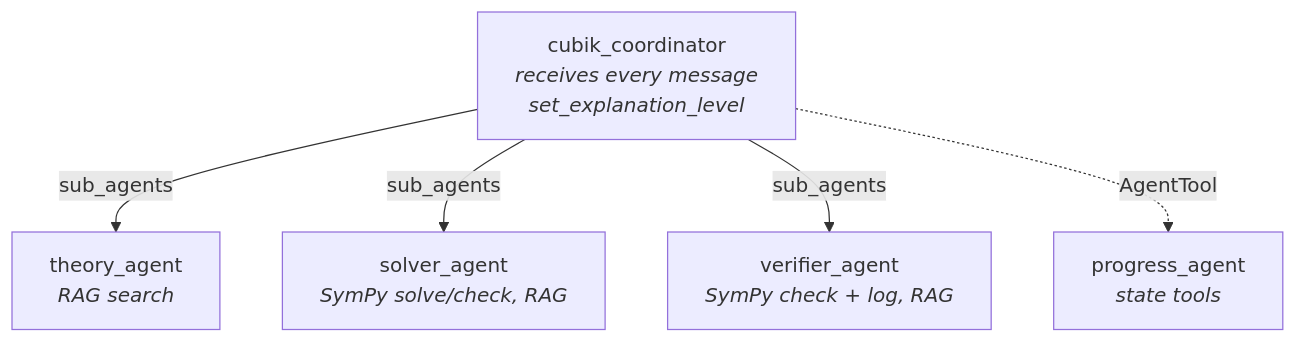
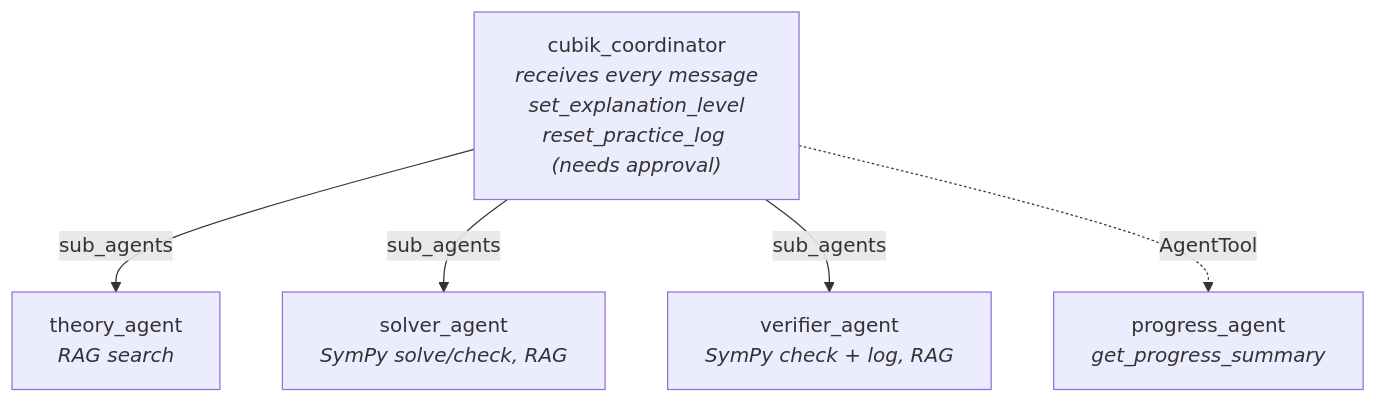
The diagram in docs/en/multi_agent_design.md (JulianGuardian/Cubik-Lite), drawn with Mermaid before and after one commit. The commit also changed other lines of this file and 11 other files, not shown here.

````diff
--- a/docs/en/multi_agent_design.md
+++ b/docs/en/multi_agent_design.md
@@ -89,14 +89,14 @@
 ```mermaid
 flowchart TD
-    coord["cubik_coordinator<br/><i>receives every message<br/>set_explanation_level</i>"]
+    coord["cubik_coordinator<br/><i>receives every message<br/>set_explanation_level<br/>reset_practice_log (needs approval)</i>"]
 
     theory["theory_agent<br/><i>RAG search</i>"]
     solver["solver_agent<br/><i>SymPy solve/check, RAG</i>"]
     verifier["verifier_agent<br/><i>SymPy check + log, RAG</i>"]
-    progress["progress_agent<br/><i>state tools</i>"]
+    progress["progress_agent<br/><i>get_progress_summary</i>"]
 
     coord -->|sub_agents| theory
     coord -->|sub_agents| solver
     coord -->|sub_agents| verifier
     coord -.->|AgentTool| progress
 ```
````
